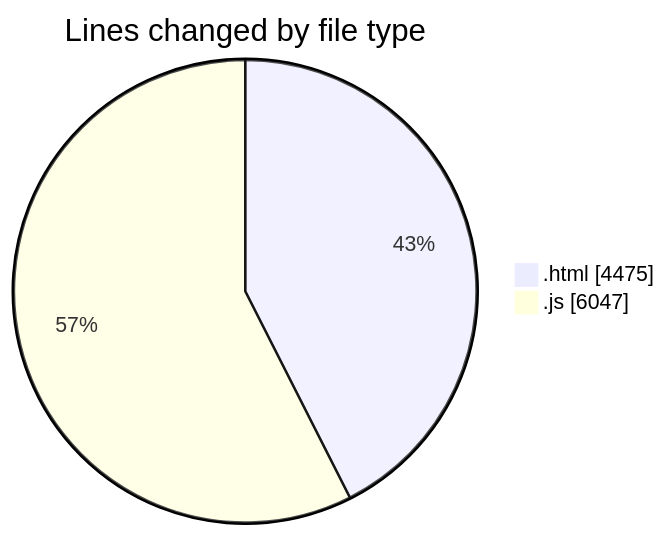
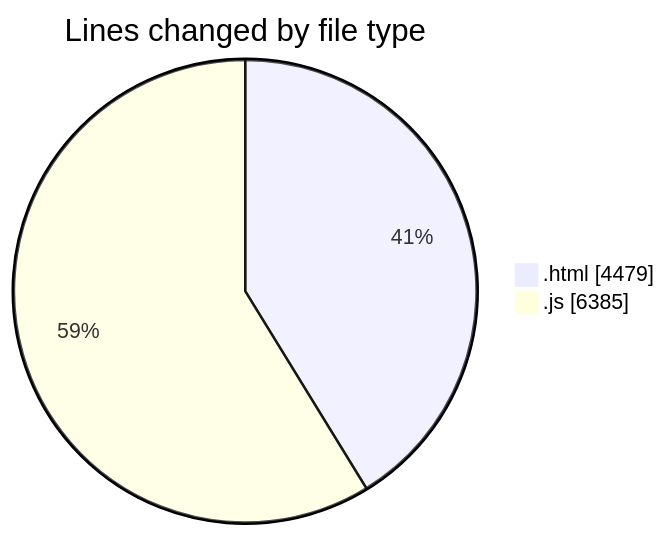
One commit to becaeroporto-bot/code-tracking changed the first of 2 diagrams in 2026-02-19/bot_v1_2/README.md. Above: the diagram before and after it, drawn with Mermaid. The commit also changed other lines of this file and 1 other file, not shown here.

````diff
--- a/2026-02-19/bot_v1_2/README.md
+++ b/2026-02-19/bot_v1_2/README.md
@@ -28,6 +28,6 @@
 ```mermaid
 pie showData
 title Lines changed by file type
-".html" : 4475
-".js" : 6047
+".html" : 4479
+".js" : 6385
 ```
````
